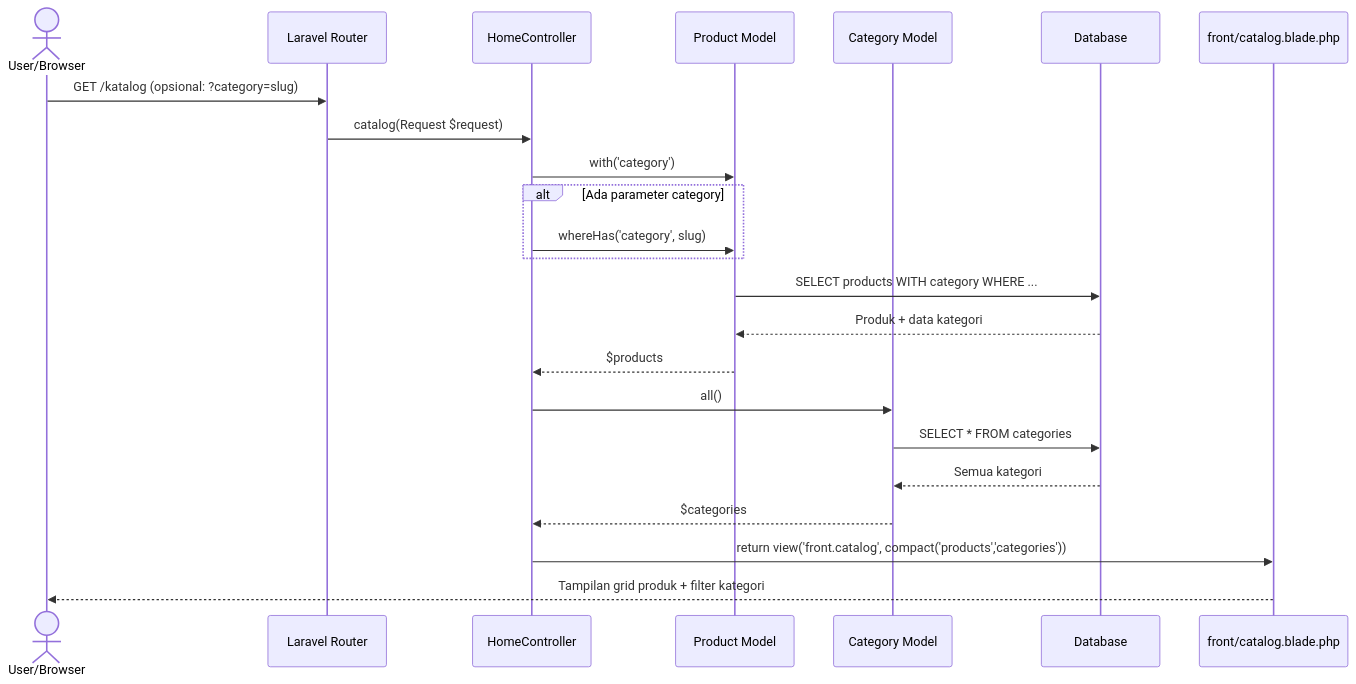
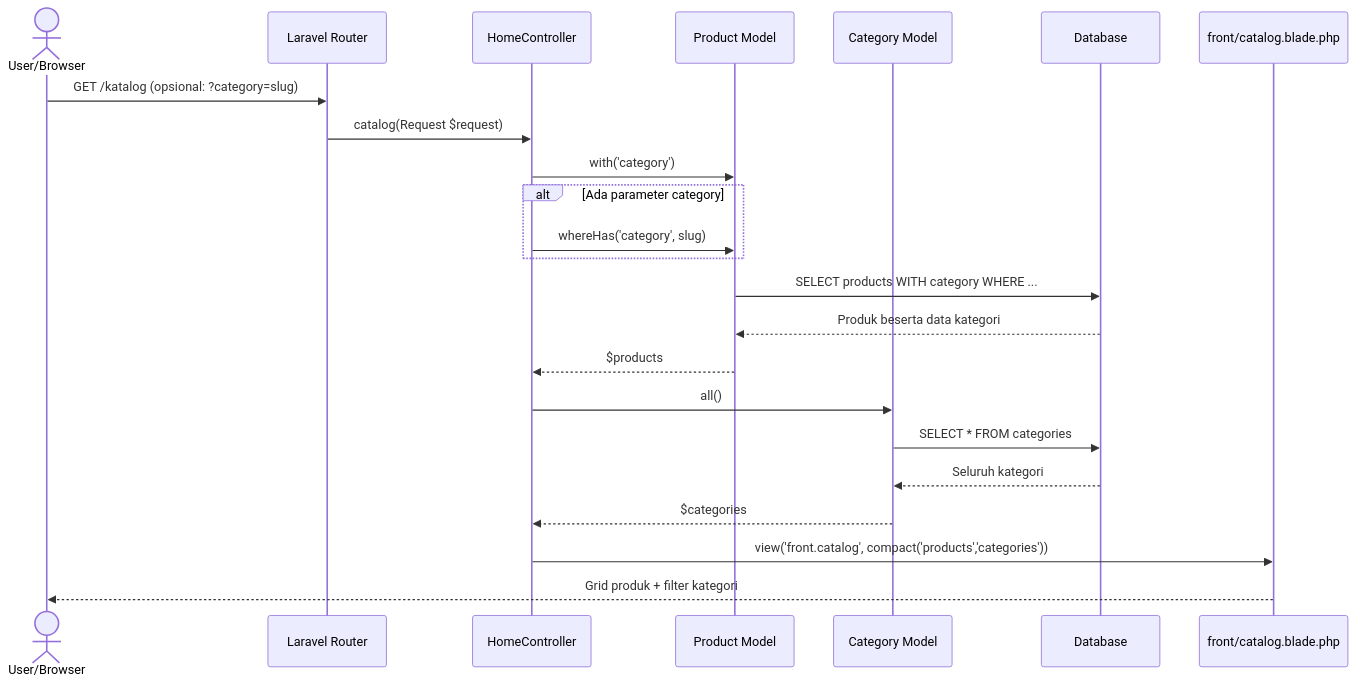
Before and after one commit to mustarisyahding07-spec/WEBSITE_SKRIPSI_MUSTARI: the second of 17 diagrams in docs/SEQUENCE_DIAGRAM_DOKUMENTASI.md, drawn with Mermaid. The commit also changed other lines of this file, not shown here.

Commit message:
docs: perbarui penjelasan sequence diagram ke format paragraf akademik

````diff
--- a/docs/SEQUENCE_DIAGRAM_DOKUMENTASI.md
+++ b/docs/SEQUENCE_DIAGRAM_DOKUMENTASI.md
@@ -94,29 +82,26 @@
 ```mermaid
 sequenceDiagram
     actor User as User/Browser
     participant Router as Laravel Router
     participant HC as HomeController
     participant ProductM as Product Model
     participant CategoryM as Category Model
     participant DB as Database
     participant View as front/catalog.blade.php
 
     User->>Router: GET /katalog (opsional: ?category=slug)
     Router->>HC: catalog(Request $request)
-
     HC->>ProductM: with('category')
     alt Ada parameter category
         HC->>ProductM: whereHas('category', slug)
     end
     ProductM->>DB: SELECT products WITH category WHERE ...
-    DB-->>ProductM: Produk + data kategori
+    DB-->>ProductM: Produk beserta data kategori
     ProductM-->>HC: $products
-
     HC->>CategoryM: all()
     CategoryM->>DB: SELECT * FROM categories
-    DB-->>CategoryM: Semua kategori
+    DB-->>CategoryM: Seluruh kategori
     CategoryM-->>HC: $categories
-
-    HC->>View: return view('front.catalog', compact('products','categories'))
-    View-->>User: Tampilan grid produk + filter kategori
+    HC->>View: view('front.catalog', compact('products','categories'))
+    View-->>User: Grid produk + filter kategori
 ```
````
